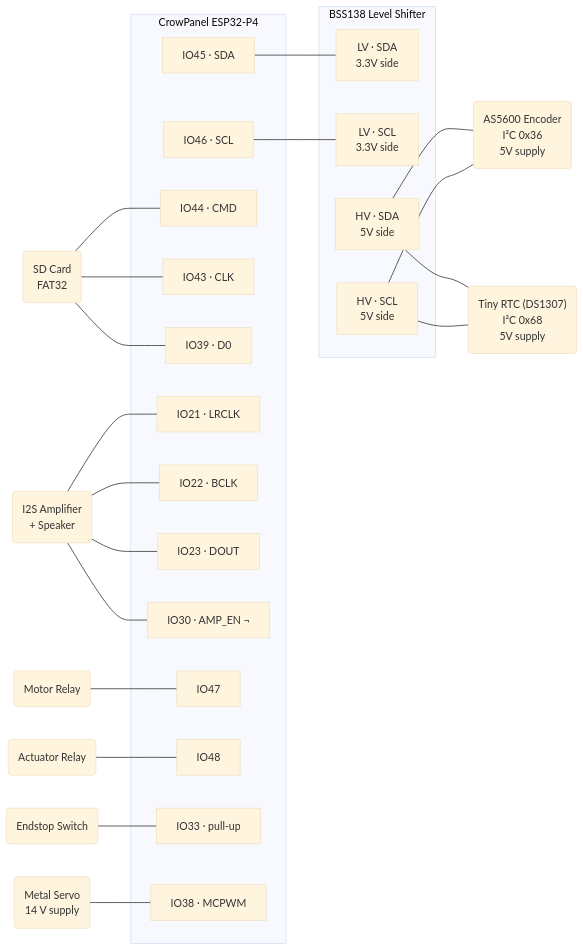
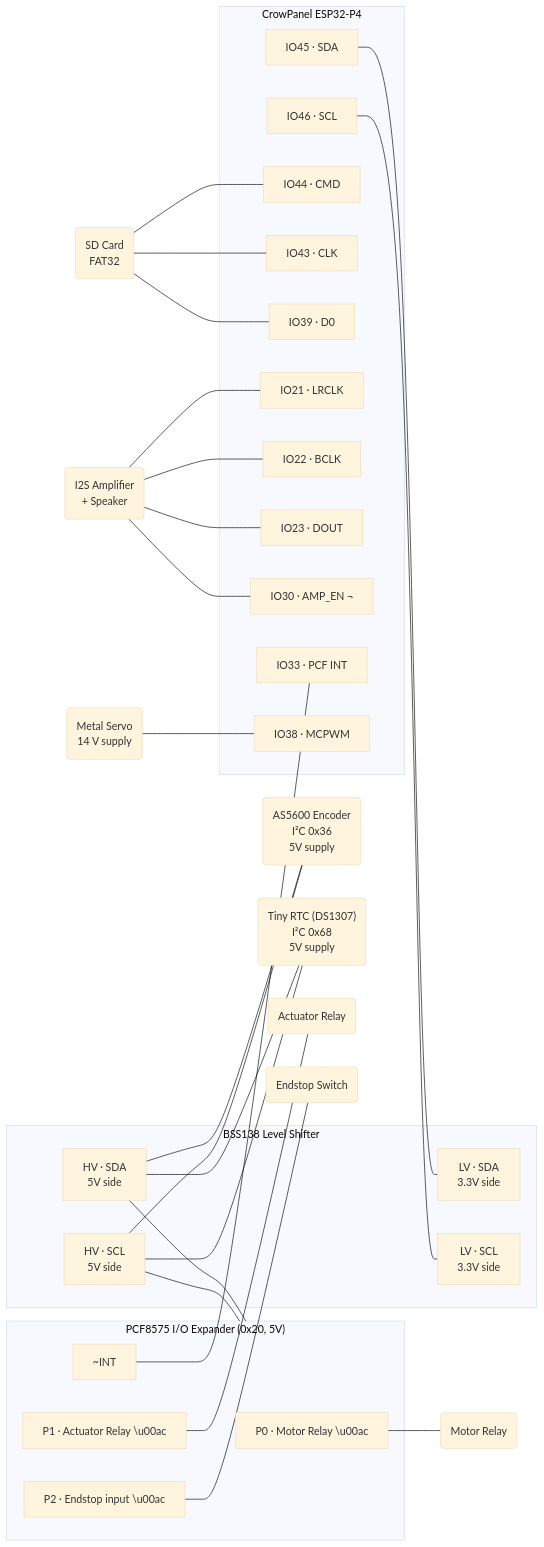
The diagram in README.md (janreinhartp/DigitalCharpyImpactTestingMachine), drawn with Mermaid (base theme) before and after one commit. The commit also changed other lines of this file and 6 other files, not shown here.

Commit message:
Add PCF8575 I/O expander support and update related components in README

````diff
--- a/README.md
+++ b/README.md
@@ -20,52 +21,61 @@
 ```mermaid
 graph LR
     AS5600("AS5600 Encoder\nI²C 0x36\n5V supply")
     DS1307("Tiny RTC (DS1307)\nI²C 0x68\n5V supply")
     SD("SD Card\nFAT32")
     AMP("I2S Amplifier\n+ Speaker")
-    MOTOR("Motor Relay")
-    ACTUATOR("Actuator Relay")
+    SERVO("Metal Servo\n14 V supply")
+
+    subgraph PCF ["PCF8575 I/O Expander (0x20, 5V)"]
+        P0["P0 · Motor Relay \u00ac"]
+        P1["P1 · Actuator Relay \u00ac"]
+        P2["P2 · Endstop input \u00ac"]
+        PCF_INT["~INT"]
+    end
+
+    MOTOR_RELAY("Motor Relay")
+    ACT_RELAY("Actuator Relay")
     ENDSTOP("Endstop Switch")
-    SERVO("Metal Servo\n14 V supply")
 
     subgraph LS ["BSS138 Level Shifter"]
         LV_SDA["LV · SDA\n3.3V side"]
         LV_SCL["LV · SCL\n3.3V side"]
         HV_SDA["HV · SDA\n5V side"]
         HV_SCL["HV · SCL\n5V side"]
     end
 
     subgraph ESP32P4 ["CrowPanel ESP32-P4"]
         I2C_SDA["IO45 · SDA"]
         I2C_SCL["IO46 · SCL"]
         SD_CMD["IO44 · CMD"]
         SD_CLK["IO43 · CLK"]
         SD_D0["IO39 · D0"]
         I2S_LR["IO21 · LRCLK"]
         I2S_BCLK["IO22 · BCLK"]
         I2S_DOUT["IO23 · DOUT"]
         AMP_EN["IO30 · AMP_EN ¬"]
-        IO47["IO47"]
-        IO48["IO48"]
-        IO33["IO33 · pull-up"]
+        IO33["IO33 · PCF INT"]
         IO38["IO38 · MCPWM"]
     end
 
     I2C_SDA --- LV_SDA
     I2C_SCL --- LV_SCL
     HV_SDA --- AS5600
     HV_SCL --- AS5600
     HV_SDA --- DS1307
     HV_SCL --- DS1307
+    HV_SDA --- PCF
+    HV_SCL --- PCF
+    P0 --- MOTOR_RELAY
+    P1 --- ACT_RELAY
+    P2 --- ENDSTOP
+    PCF_INT --- IO33
     SD --- SD_CMD
     SD --- SD_CLK
     SD --- SD_D0
     AMP --- I2S_LR
     AMP --- I2S_BCLK
     AMP --- I2S_DOUT
     AMP --- AMP_EN
-    MOTOR --- IO47
-    ACTUATOR --- IO48
-    ENDSTOP --- IO33
     SERVO --- IO38
 ```
````
